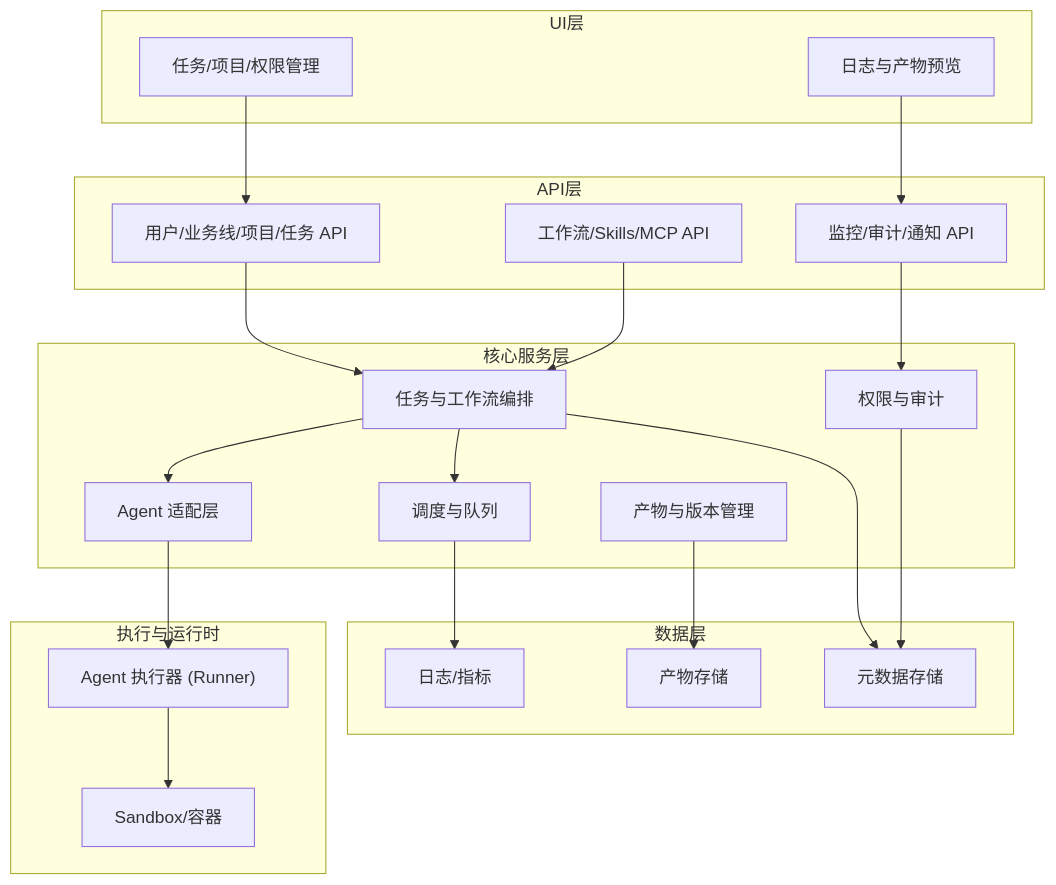
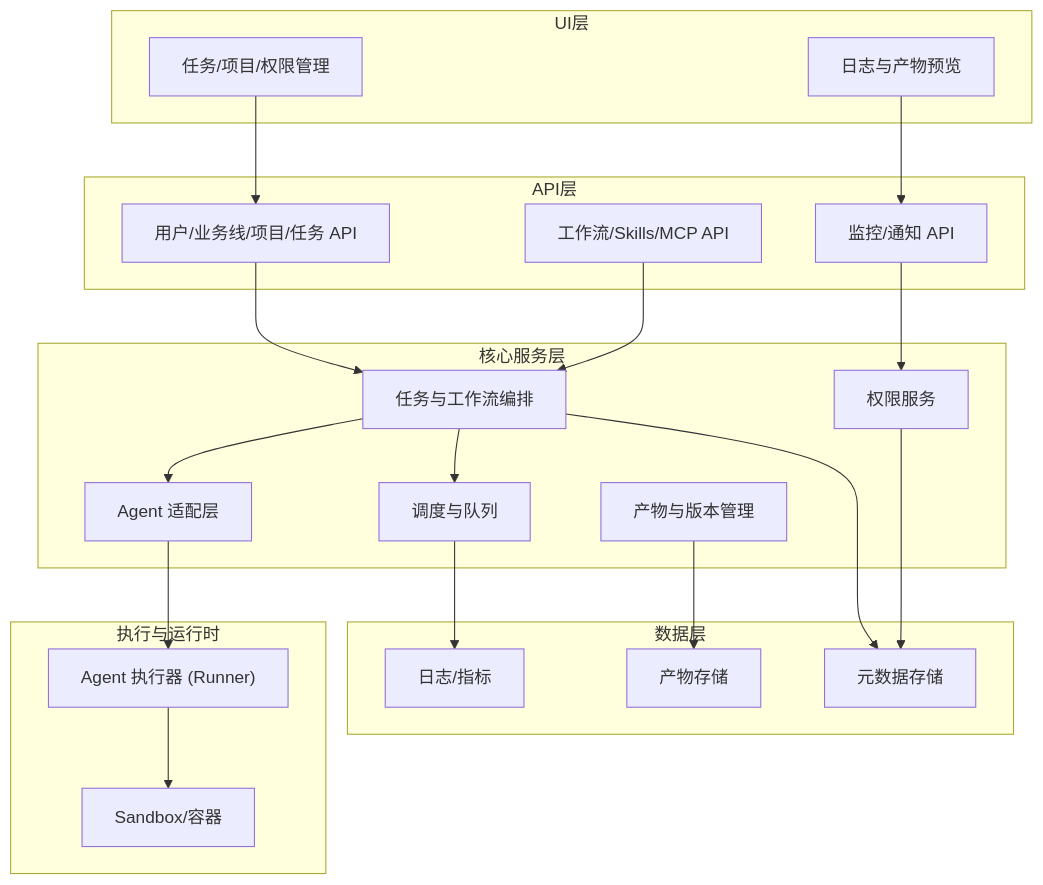
The fourth of 13 diagrams in docs/ainative-requirement-design.md (Whisper24X/personal), drawn with Mermaid before and after one commit. The commit also changed other lines of this file and 1 other file, not shown here.

````diff
--- a/docs/ainative-requirement-design.md
+++ b/docs/ainative-requirement-design.md
@@ -169,46 +169,46 @@
 ```mermaid
 flowchart TB
   subgraph UI["UI层"]
     UI1["任务/项目/权限管理"]
     UI2["日志与产物预览"]
   end
 
   subgraph API["API层"]
     API1["用户/业务线/项目/任务 API"]
     API2["工作流/Skills/MCP API"]
-    API3["监控/审计/通知 API"]
+    API3["监控/通知 API"]
   end
 
   subgraph CORE["核心服务层"]
     CORE1["任务与工作流编排"]
     CORE2["Agent 适配层"]
     CORE3["调度与队列"]
-    CORE4["权限与审计"]
+    CORE4["权限服务"]
     CORE5["产物与版本管理"]
   end
 
   subgraph RUNTIME["执行与运行时"]
     RT1["Agent 执行器 (Runner)"]
     RT2["Sandbox/容器"]
   end
 
   subgraph DATA["数据层"]
     DB["元数据存储"]
     OBJ["产物存储"]
     LOG["日志/指标"]
   end
 
   UI1 --> API1
   UI2 --> API3
   API1 --> CORE1
   API2 --> CORE1
   API3 --> CORE4
   CORE1 --> CORE2
   CORE1 --> CORE3
   CORE2 --> RT1
   RT1 --> RT2
   CORE5 --> OBJ
   CORE1 --> DB
   CORE3 --> LOG
   CORE4 --> DB
 ```
````
